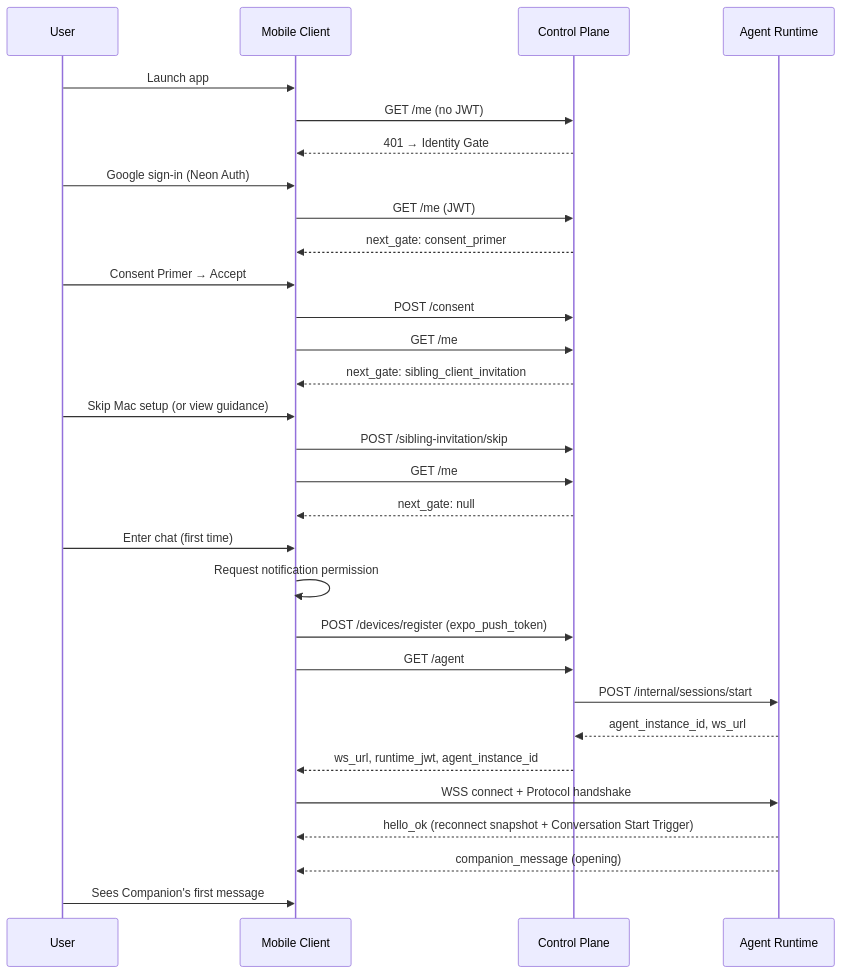
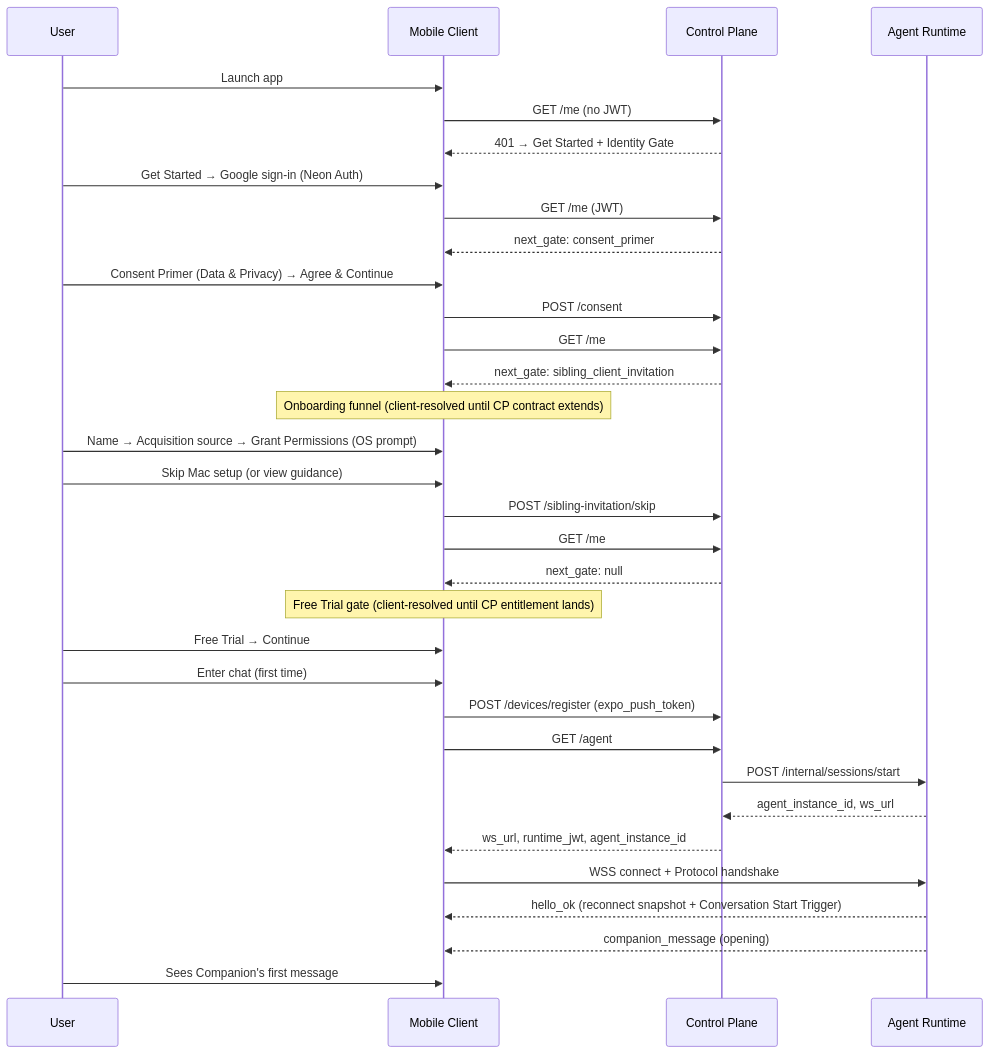
The first of 3 diagrams in docs/USER-JOURNEY.md (sruj75/Intentive), drawn with Mermaid before and after one commit. The commit also changed other lines of this file and 71 other files, not shown here.

First line of the commit message:
feat(mobile): pre-chat onboarding funnel and visual system (#135)

````diff
--- a/docs/USER-JOURNEY.md
+++ b/docs/USER-JOURNEY.md
@@ -63,33 +63,36 @@
 ```mermaid
 sequenceDiagram
   participant U as User
   participant M as Mobile Client
   participant CP as Control Plane
   participant RT as Agent Runtime
 
   U->>M: Launch app
   M->>CP: GET /me (no JWT)
-  CP-->>M: 401 → Identity Gate
-  U->>M: Google sign-in (Neon Auth)
+  CP-->>M: 401 → Get Started + Identity Gate
+  U->>M: Get Started → Google sign-in (Neon Auth)
   M->>CP: GET /me (JWT)
   CP-->>M: next_gate: consent_primer
-  U->>M: Consent Primer → Accept
+  U->>M: Consent Primer (Data & Privacy) → Agree & Continue
   M->>CP: POST /consent
   M->>CP: GET /me
   CP-->>M: next_gate: sibling_client_invitation
+  Note over M: Onboarding funnel (client-resolved until CP contract extends)
+  U->>M: Name → Acquisition source → Grant Permissions (OS prompt)
   U->>M: Skip Mac setup (or view guidance)
   M->>CP: POST /sibling-invitation/skip
   M->>CP: GET /me
   CP-->>M: next_gate: null
+  Note over M: Free Trial gate (client-resolved until CP entitlement lands)
+  U->>M: Free Trial → Continue
   U->>M: Enter chat (first time)
-  M->>M: Request notification permission
   M->>CP: POST /devices/register (expo_push_token)
   M->>CP: GET /agent
   CP->>RT: POST /internal/sessions/start
   RT-->>CP: agent_instance_id, ws_url
   CP-->>M: ws_url, runtime_jwt, agent_instance_id
   M->>RT: WSS connect + Protocol handshake
   RT-->>M: hello_ok (reconnect snapshot + Conversation Start Trigger)
   RT-->>M: companion_message (opening)
   U->>M: Sees Companion's first message
 ```
````
